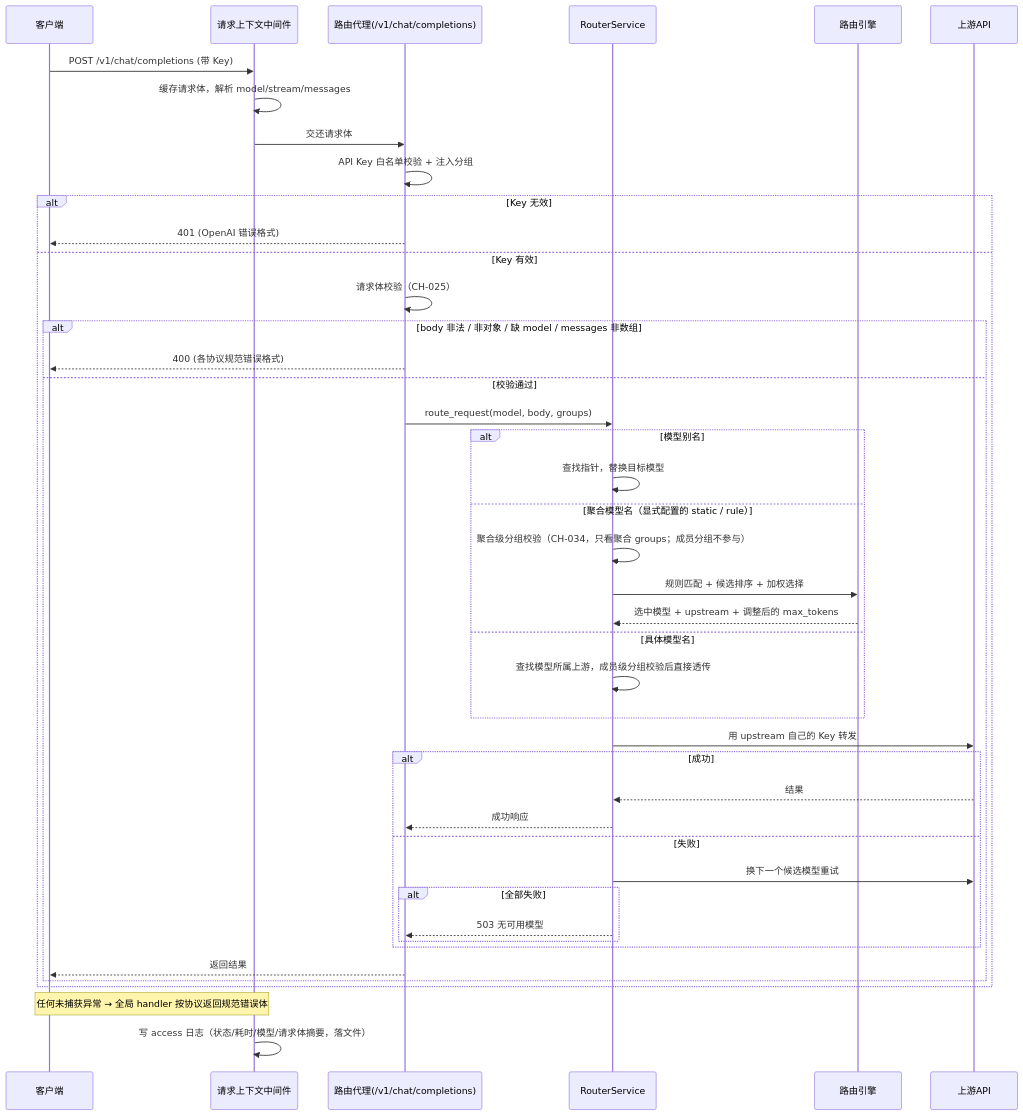
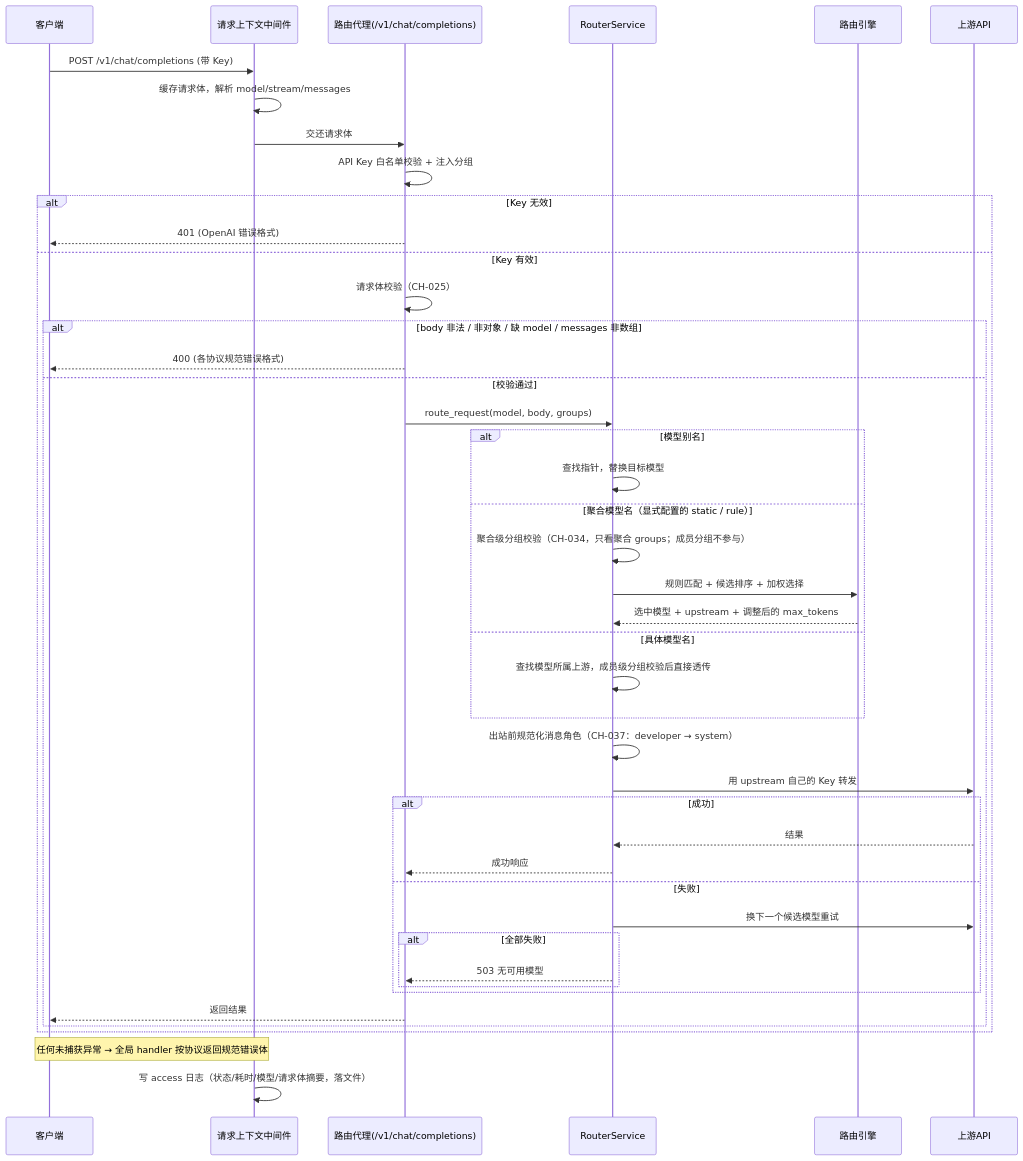
The first of 5 diagrams in docs/系统核心流程.md (66wjz/smart_router), drawn with Mermaid before and after one commit. The commit also changed 16 other files, not shown here.

````diff
--- a/docs/系统核心流程.md
+++ b/docs/系统核心流程.md
@@ -28,46 +28,47 @@
 ```mermaid
 sequenceDiagram
     participant C as 客户端
     participant L as 请求上下文中间件
     participant R as 路由代理(/v1/chat/completions)
     participant S as RouterService
     participant E as 路由引擎
     participant U as 上游API
 
     C->>L: POST /v1/chat/completions (带 Key)
     L->>L: 缓存请求体，解析 model/stream/messages
     L->>R: 交还请求体
     R->>R: API Key 白名单校验 + 注入分组
     alt Key 无效
         R-->>C: 401 (OpenAI 错误格式)
     else Key 有效
         R->>R: 请求体校验（CH-025）
         alt body 非法 / 非对象 / 缺 model / messages 非数组
             R-->>C: 400 (各协议规范错误格式)
         else 校验通过
             R->>S: route_request(model, body, groups)
             alt 模型别名
                 S->>S: 查找指针，替换目标模型
             else 聚合模型名（显式配置的 static / rule）
                 S->>S: 聚合级分组校验（CH-034，只看聚合 groups；成员分组不参与）
                 S->>E: 规则匹配 + 候选排序 + 加权选择
                 E-->>S: 选中模型 + upstream + 调整后的 max_tokens
             else 具体模型名
                 S->>S: 查找模型所属上游，成员级分组校验后直接透传
             end
+            S->>S: 出站前规范化消息角色（CH-037：developer → system）
             S->>U: 用 upstream 自己的 Key 转发
             alt 成功
                 U-->>S: 结果
                 S-->>R: 成功响应
             else 失败
                 S->>U: 换下一个候选模型重试
                 alt 全部失败
                     S-->>R: 503 无可用模型
                 end
             end
             R-->>C: 返回结果
         end
     end
     Note over L,C: 任何未捕获异常 → 全局 handler 按协议返回规范错误体
     L->>L: 写 access 日志（状态/耗时/模型/请求体摘要，落文件）
 ```
````
